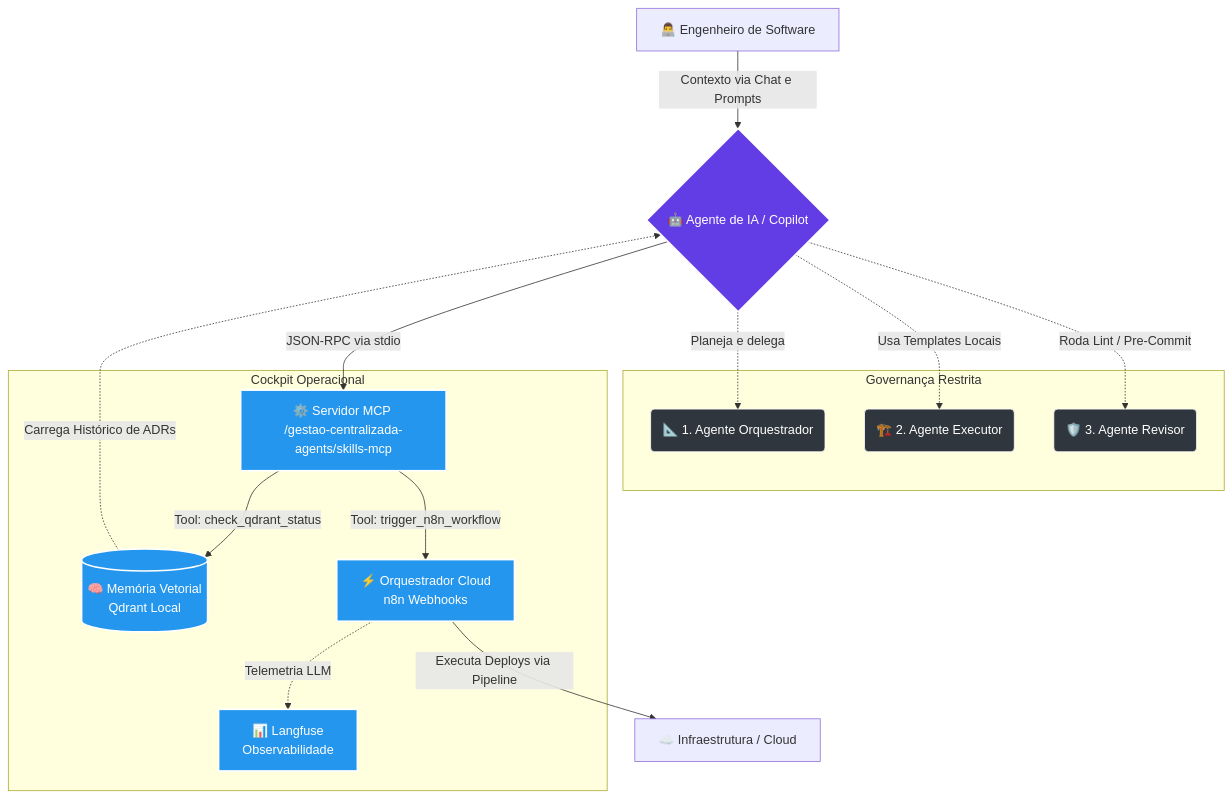
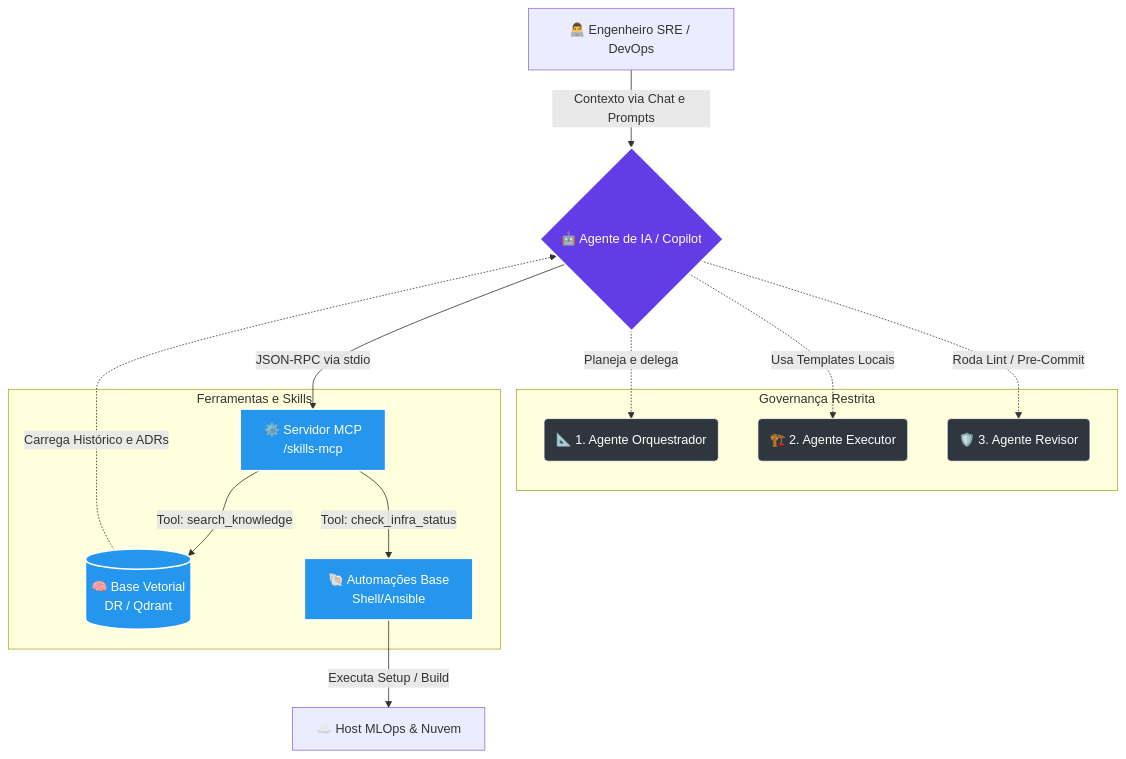
Before and after one commit to diegosantos-ai/dev-workspace: the diagram in README.md, drawn with Mermaid. The commit also changed other lines of this file, not shown here.

````diff
--- a/README.md
+++ b/README.md
@@ -84,40 +46,39 @@
 ```mermaid
 graph TD
     %% Entidades Principais
-    User[👨‍💻 Engenheiro de Software] -->|Contexto via Chat e Prompts| AI{🤖 Agente de IA / Copilot}
+    User[👨‍💻 Engenheiro SRE / DevOps] -->|Contexto via Chat e Prompts| AI{🤖 Agente de IA / Copilot}
 
     %% Matriz de Personas (Regras)
     subgraph Governança Restrita
         P1(📐 1. Agente Orquestrador)
         P2(🏗️ 2. Agente Executor)
         P3(🛡️ 3. Agente Revisor)
     end
 
     %% Cargas Cognitivas
     AI -.->|Planeja e delega| P1
     AI -.->|Usa Templates Locais| P2
     AI -.->|Roda Lint / Pre-Commit| P3
 
     %% Servidor e Comunicação
-    AI -->|JSON-RPC via stdio| MCP[⚙️ Servidor MCP \n/gestao-centralizada-agents/skills-mcp]
+    AI -->|JSON-RPC via stdio| MCP[⚙️ Servidor MCP \n/skills-mcp]
 
     %% Cockpit Local e Nuvem
-    subgraph Cockpit Operacional
-        MCP -->|Tool: check_qdrant_status| Q[(🧠 Memória Vetorial \nQdrant Local)]
-        MCP -->|Tool: trigger_n8n_workflow| N8N[⚡ Orquestrador Cloud \nn8n Webhooks]
-        N8N -.->|"Telemetria LLM"| LF[📊 Langfuse \nObservabilidade]
+    subgraph Ferramentas e Skills
+        MCP -->|Tool: search_knowledge| Q[(🧠 Base Vetorial \nDR / Qdrant)]
+        MCP -->|Tool: check_infra_status| SH[🐚 Automações Base \nShell/Ansible]
     end
 
     %% Output
-    Q -.->|Carrega Histórico de ADRs| AI
-    N8N -->|Executa Deploys via Pipeline| Infra[☁️ Infraestrutura / Cloud]
+    Q -.->|Carrega Histórico e ADRs| AI
+    SH -->|Executa Setup / Build| Infra[☁️ Host MLOps & Nuvem]
 
     %% Estilos
     classDef ai fill:#623CE4,stroke:#fff,stroke-width:2px,color:#fff;
     classDef mcp fill:#2496ED,stroke:#fff,stroke-width:2px,color:#fff;
     classDef governanca fill:#2F363D,stroke:#fff,color:#fff;
 
     class AI ai;
-    class MCP,Q,N8N,LF mcp;
+    class MCP,Q,SH mcp;
     class P1,P2,P3 governanca;
 ```
````
